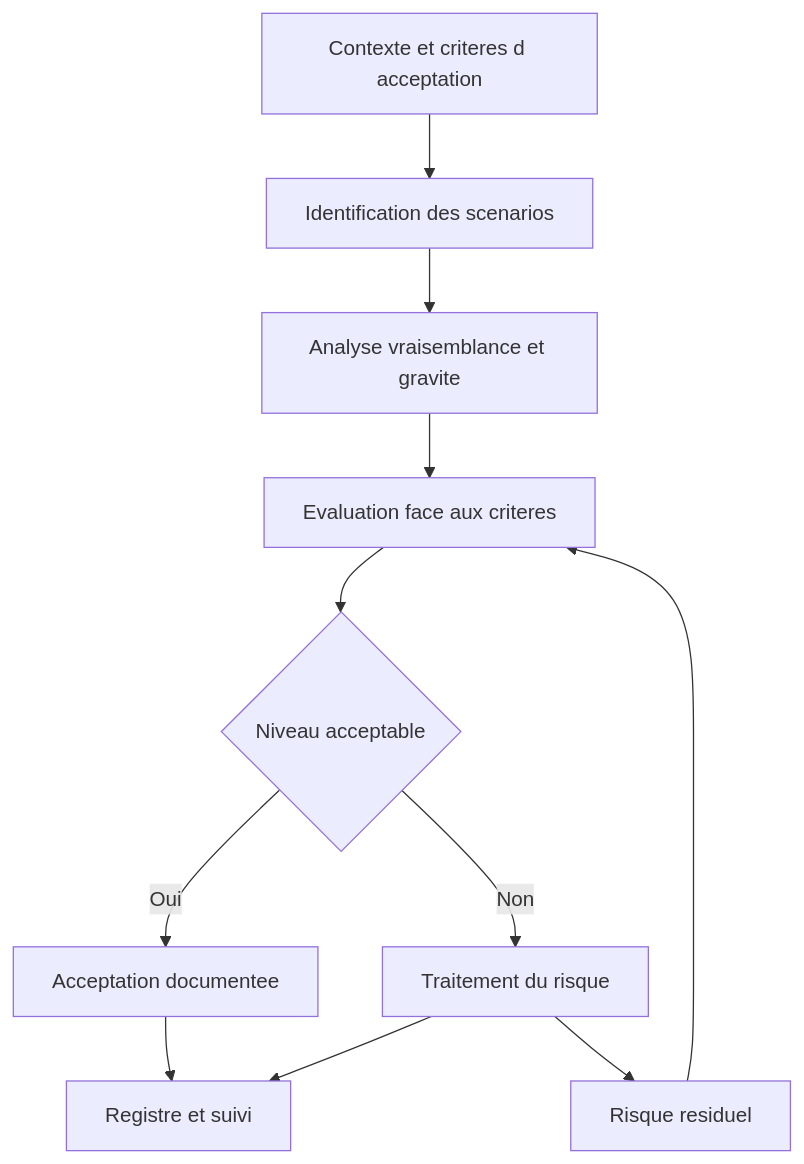
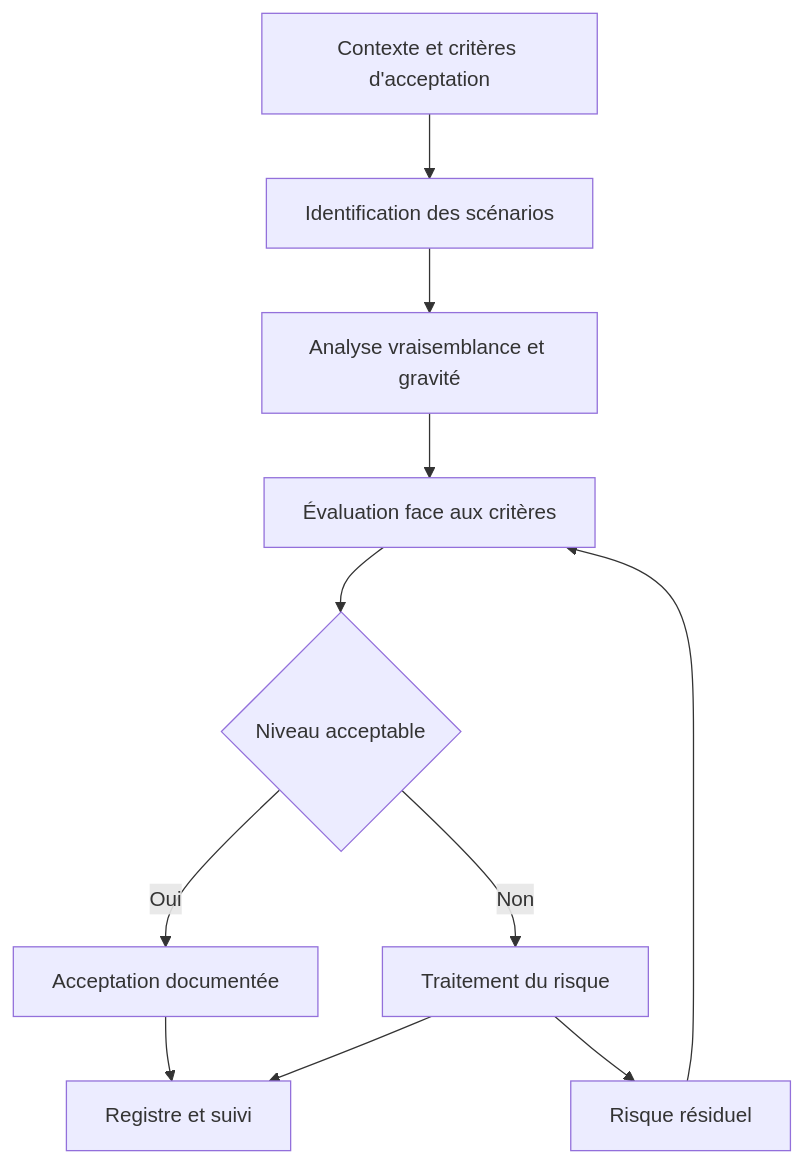
One commit to Gooseppr/GevOps_LC changed the second of 2 diagrams in courses/reseaux-cybersecurite/25_risques_gouvernance.md. Above: the diagram before and after it, drawn with Mermaid. The commit also changed other lines of this file and 56 other files, not shown here.

````diff
--- a/courses/reseaux-cybersecurite/25_risques_gouvernance.md
+++ b/courses/reseaux-cybersecurite/25_risques_gouvernance.md
@@ -108,13 +108,13 @@
 ```mermaid
 flowchart TD
-    A[Contexte et criteres d acceptation] --> B[Identification des scenarios]
-    B --> C[Analyse vraisemblance et gravite]
-    C --> D[Evaluation face aux criteres]
+    A[Contexte et critères d'acceptation] --> B[Identification des scénarios]
+    B --> C[Analyse vraisemblance et gravité]
+    C --> D[Évaluation face aux critères]
     D --> E{Niveau acceptable}
-    E -- Oui --> F[Acceptation documentee]
+    E -- Oui --> F[Acceptation documentée]
     E -- Non --> G[Traitement du risque]
-    G --> H[Risque residuel]
+    G --> H[Risque résiduel]
     H --> D
     F --> I[Registre et suivi]
     G --> I
 ```
````
